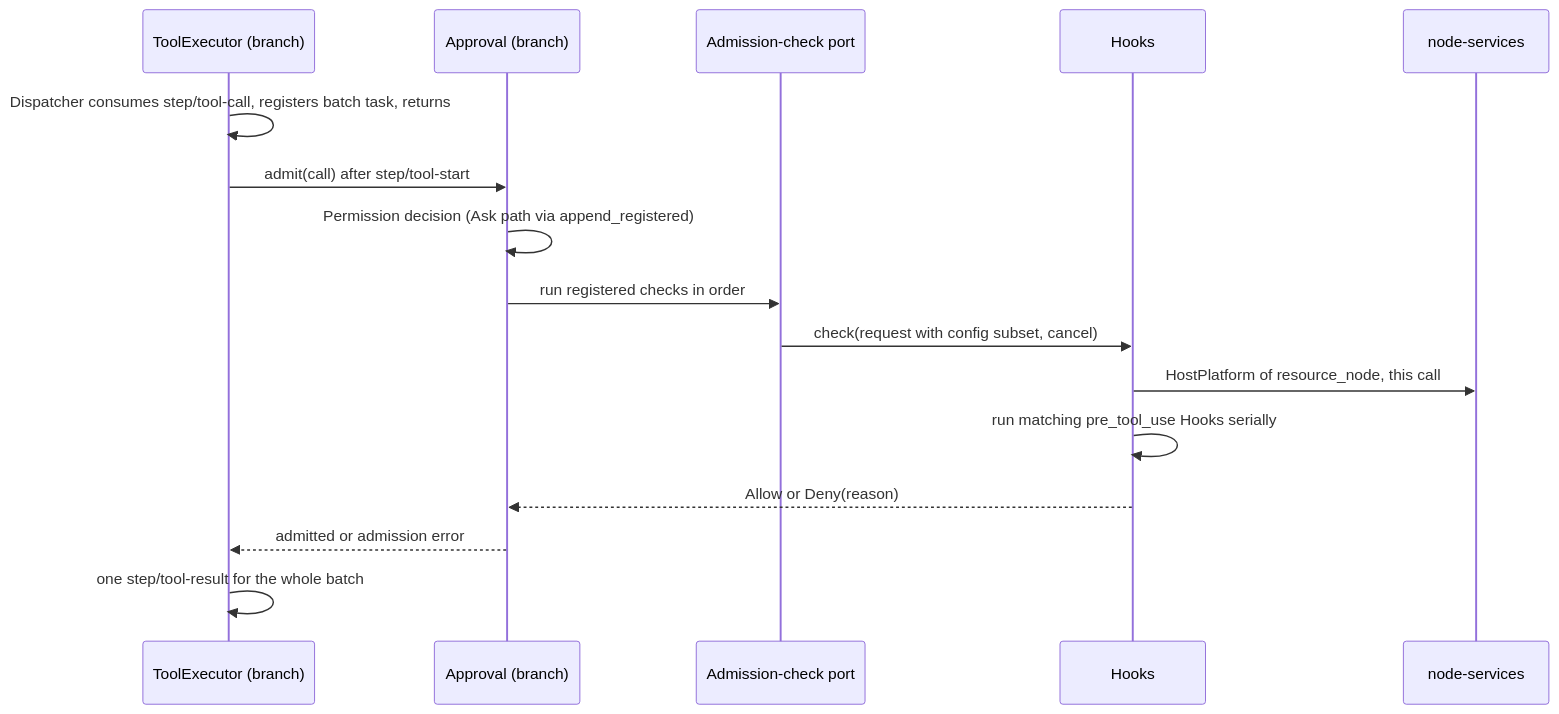
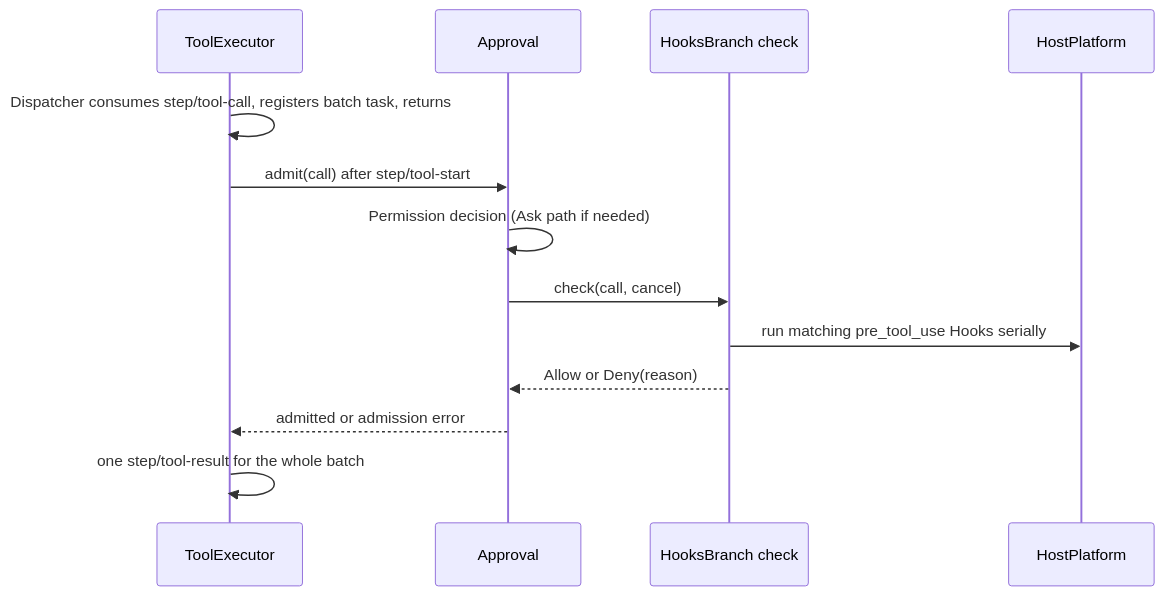
Before and after one commit to CoutinhoTTS/dim-agent: the third of 6 diagrams in docs/design/plugins/Hooks.md, drawn with Mermaid. The commit also changed other lines of this file and 3 other files, not shown here.

````diff
--- a/docs/design/plugins/Hooks.md
+++ b/docs/design/plugins/Hooks.md
@@ -77,18 +69,15 @@
 ```mermaid
 sequenceDiagram
-  participant TE as ToolExecutor (branch)
-  participant AP as Approval (branch)
-  participant REG as Admission-check port
-  participant HK as Hooks
-  participant RES as node-services
+  participant TE as ToolExecutor
+  participant AP as Approval
+  participant HB as HooksBranch check
+  participant HP as HostPlatform
   TE->>TE: Dispatcher consumes step/tool-call, registers batch task, returns
   TE->>AP: admit(call) after step/tool-start
-  AP->>AP: Permission decision (Ask path via append_registered)
-  AP->>REG: run registered checks in order
-  REG->>HK: check(request with config subset, cancel)
-  HK->>RES: HostPlatform of resource_node, this call
-  HK->>HK: run matching pre_tool_use Hooks serially
-  HK-->>AP: Allow or Deny(reason)
+  AP->>AP: Permission decision (Ask path if needed)
+  AP->>HB: check(call, cancel)
+  HB->>HP: run matching pre_tool_use Hooks serially
+  HB-->>AP: Allow or Deny(reason)
   AP-->>TE: admitted or admission error
   TE->>TE: one step/tool-result for the whole batch
 ```
````
